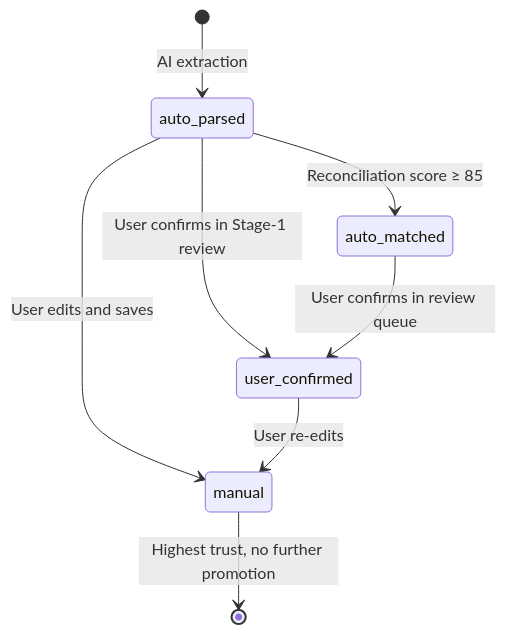
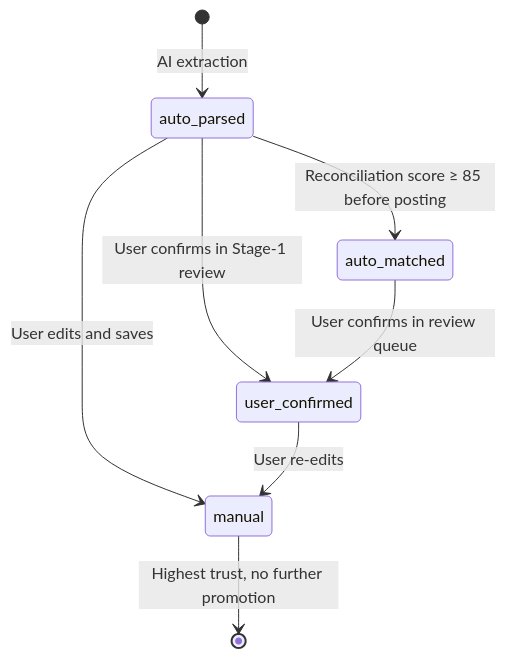
Before and after one commit to wangzitian0/finance_report: the diagram in docs/ssot/source-type-priority.md, drawn with Mermaid. The commit also changed other lines of this file and 6 other files, not shown here.

````diff
--- a/docs/ssot/source-type-priority.md
+++ b/docs/ssot/source-type-priority.md
@@ -50,10 +50,10 @@
 ```mermaid
 stateDiagram-v2
     [*] --> auto_parsed: AI extraction
     auto_parsed --> user_confirmed: User confirms in Stage-1 review
     auto_parsed --> manual: User edits and saves
-    auto_parsed --> auto_matched: Reconciliation score ≥ 85
+    auto_parsed --> auto_matched: Reconciliation score ≥ 85 before posting
     auto_matched --> user_confirmed: User confirms in review queue
     user_confirmed --> manual: User re-edits
     manual --> [*]: Highest trust, no further promotion
 ```
````
